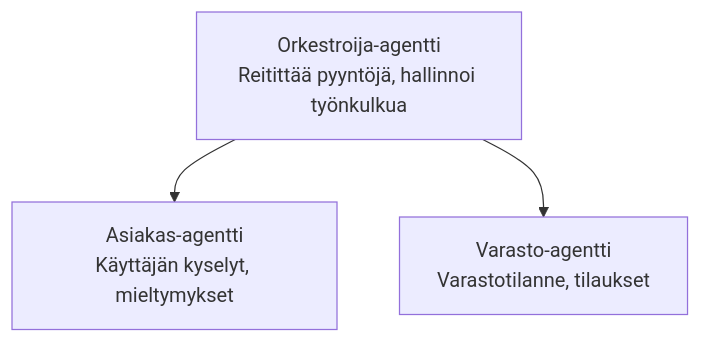
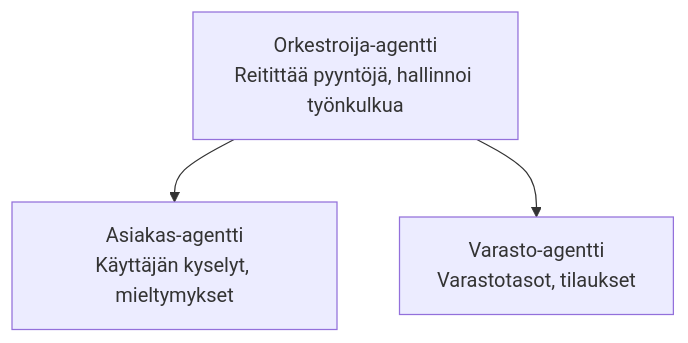
The diagram in translations/fi/docs/chapter-05-multi-agent/README.md (microsoft/AZD-for-beginners), drawn with Mermaid before and after one commit. The commit also changed other lines of this file and 101 other files, not shown here.

````diff
--- a/translations/fi/docs/chapter-05-multi-agent/README.md
+++ b/translations/fi/docs/chapter-05-multi-agent/README.md
@@ -50,5 +52,5 @@
 ```mermaid
 graph TD
     Orchestrator[Orkestroija-agentti<br/>Reitittää pyyntöjä, hallinnoi työnkulkua] --> Customer[Asiakas-agentti<br/>Käyttäjän kyselyt, mieltymykset]
-    Orchestrator --> Inventory[Varasto-agentti<br/>Varastotilanne, tilaukset]
+    Orchestrator --> Inventory[Varasto-agentti<br/>Varastotasot, tilaukset]
 ```
````
